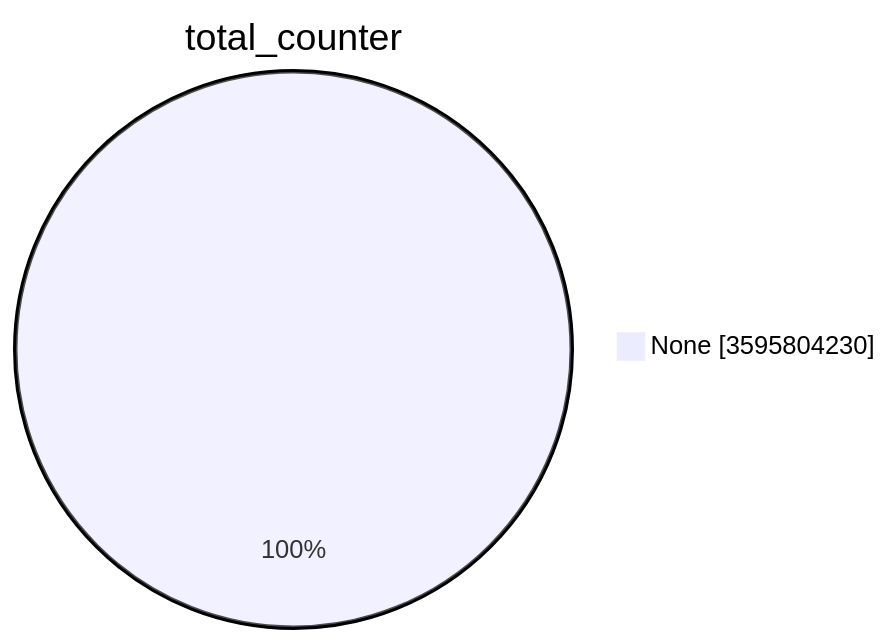
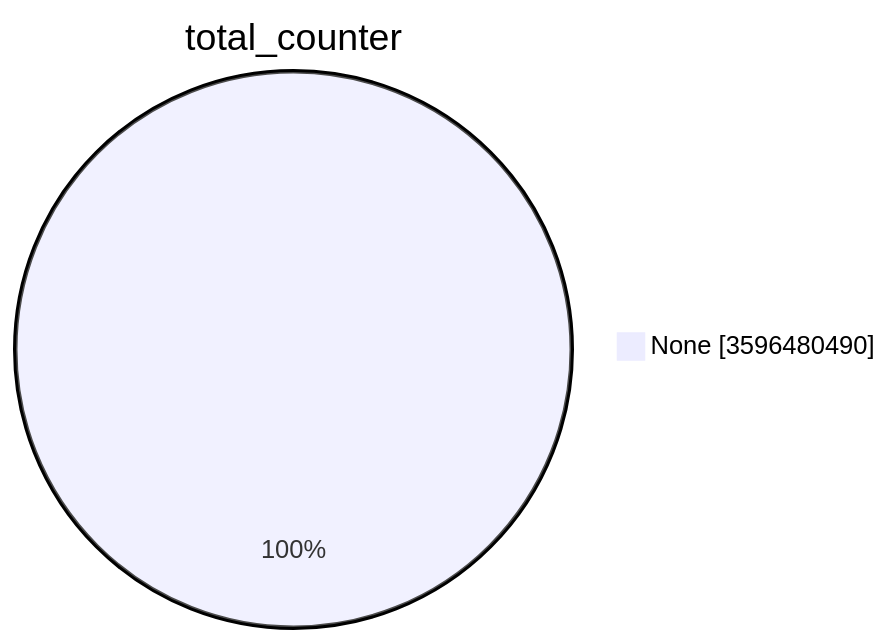
The first of 15 diagrams in TOTAL/README.md (christiankrug/ctmonitor_visualization), drawn with Mermaid before and after one commit. The commit also changed other lines of this file, not shown here.

````diff
--- a/TOTAL/README.md
+++ b/TOTAL/README.md
@@ -1,5 +1,5 @@
 ```mermaid
 pie showData
 title total_counter
-"None" :3595804230
+"None" :3596480490
 ```
````
